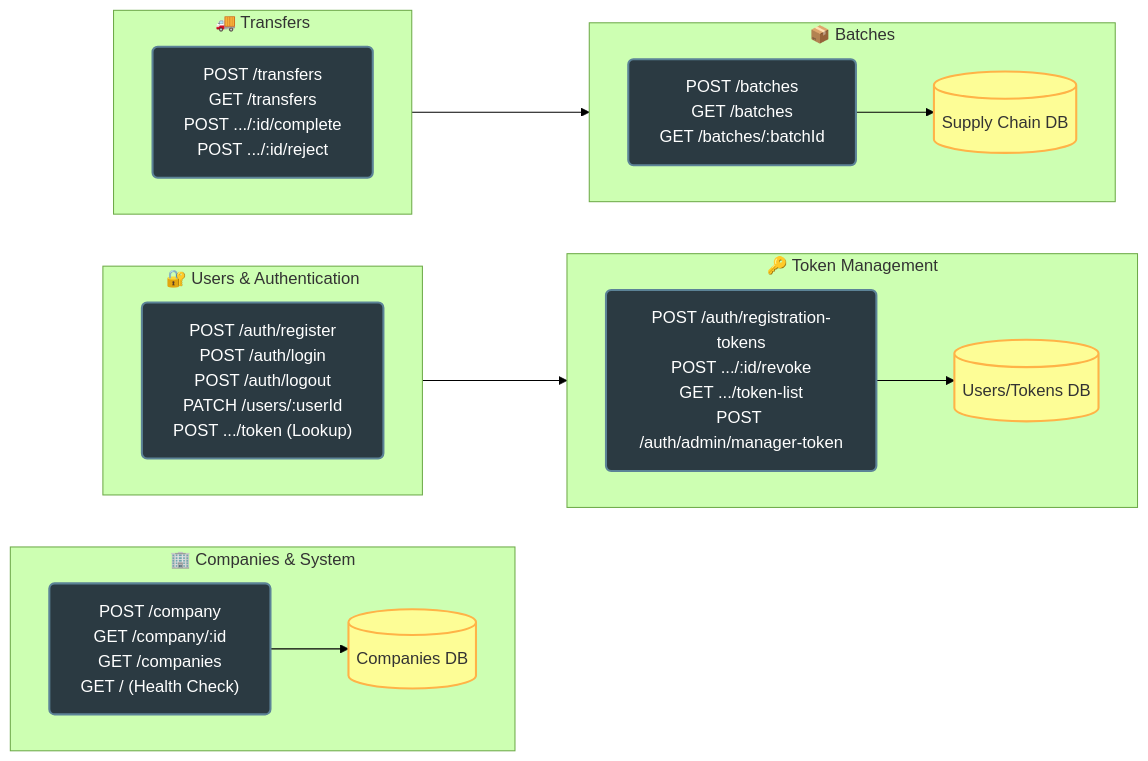
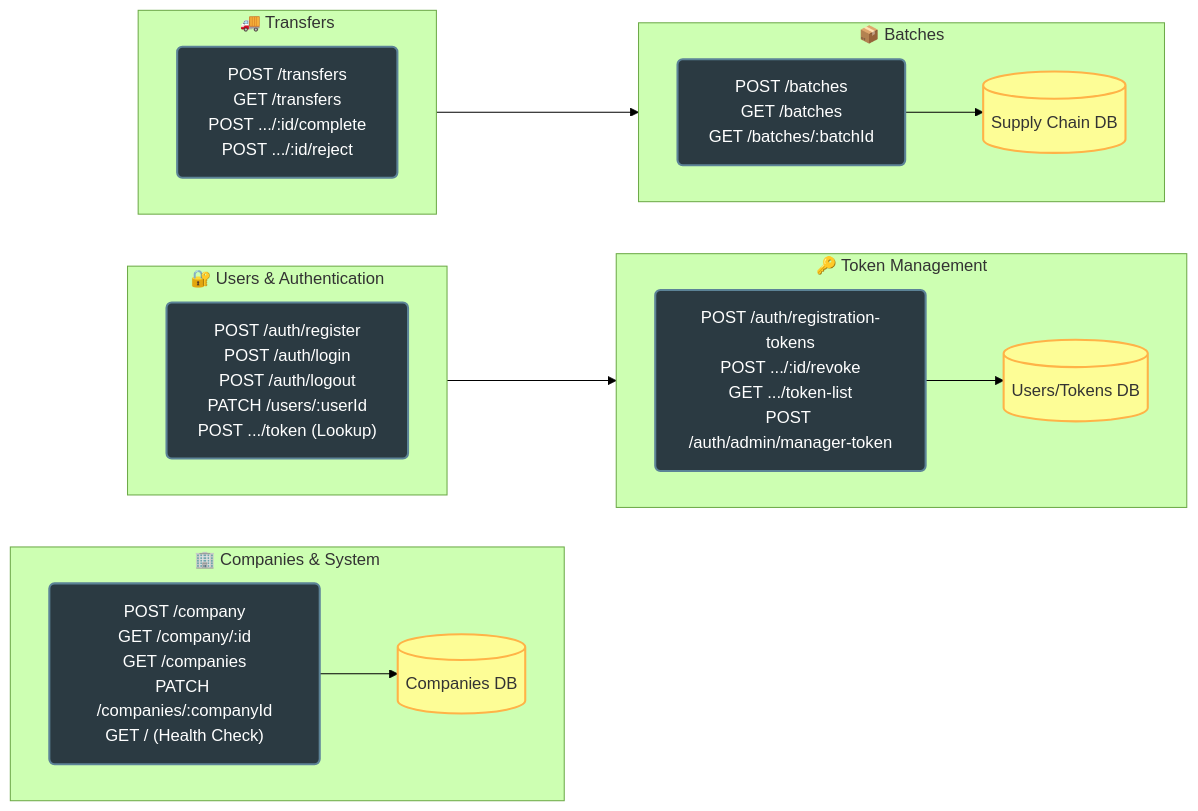
The diagram in backend/API.md (Jman001188/CSE540-BlockchainGroupProject), drawn with Mermaid (forest theme) before and after one commit. The commit also changed other lines of this file and 1 other file, not shown here.

Commit message:
added company update api

````diff
--- a/backend/API.md
+++ b/backend/API.md
@@ -514,34 +545,34 @@
 ```mermaid
 graph LR
     classDef endpoint fill:#2b3a42,stroke:#5c8397,stroke-width:2px,color:#fff,rx:5px,ry:5px;
     classDef db fill:#fdfd96,stroke:#ffb347,stroke-width:2px,color:#333,shape:cylinder;
 
     DB_COMP[(Companies DB)]:::db
     DB_USER[(Users/Tokens DB)]:::db
     DB_CHAIN[(Supply Chain DB)]:::db
 
     subgraph Company_Management [🏢 Companies & System]
         direction LR
-        C_API["POST /company<br>GET /company/:id<br>GET /companies<br>GET / (Health Check)"]:::endpoint --> DB_COMP
+        C_API["POST /company<br>GET /company/:id<br>GET /companies<br>PATCH /companies/:companyId<br>GET / (Health Check)"]:::endpoint --> DB_COMP
     end
 
     subgraph Token_Management [🔑 Token Management]
         direction LR
         T_API["POST /auth/registration-tokens<br>POST .../:id/revoke<br>GET .../token-list<br>POST /auth/admin/manager-token"]:::endpoint --> DB_USER
     end
 
     subgraph User_Auth [🔐 Users & Authentication]
         direction LR
         U_API["POST /auth/register<br>POST /auth/login<br>POST /auth/logout<br>PATCH /users/:userId<br>POST .../token (Lookup)"]:::endpoint --> DB_USER
     end
 
     subgraph Supply_Chain [📦 Batches]
         direction LR
         B_API["POST /batches<br>GET /batches<br>GET /batches/:batchId"]:::endpoint --> DB_CHAIN
     end
 
     subgraph Transfer_Flow [🚚 Transfers]
         direction LR
         TR_API["POST /transfers<br>GET /transfers<br>POST .../:id/complete<br>POST .../:id/reject"]:::endpoint --> DB_CHAIN
     end
 ```
````
